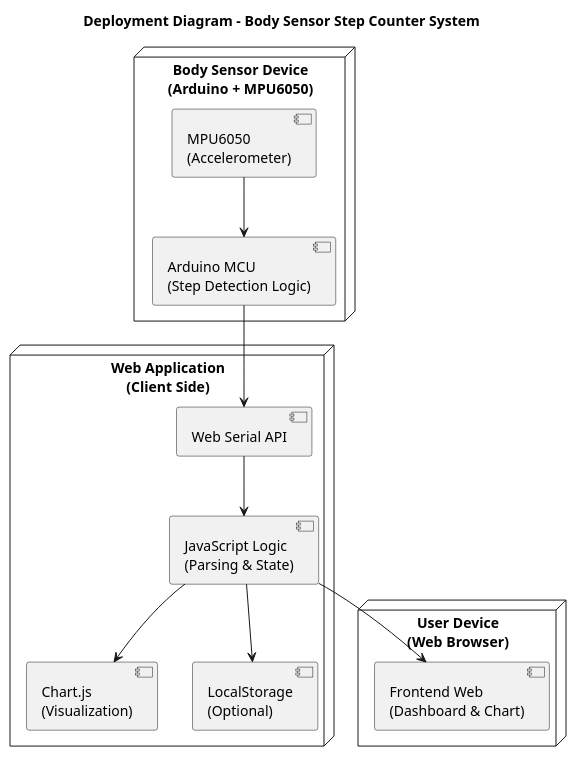
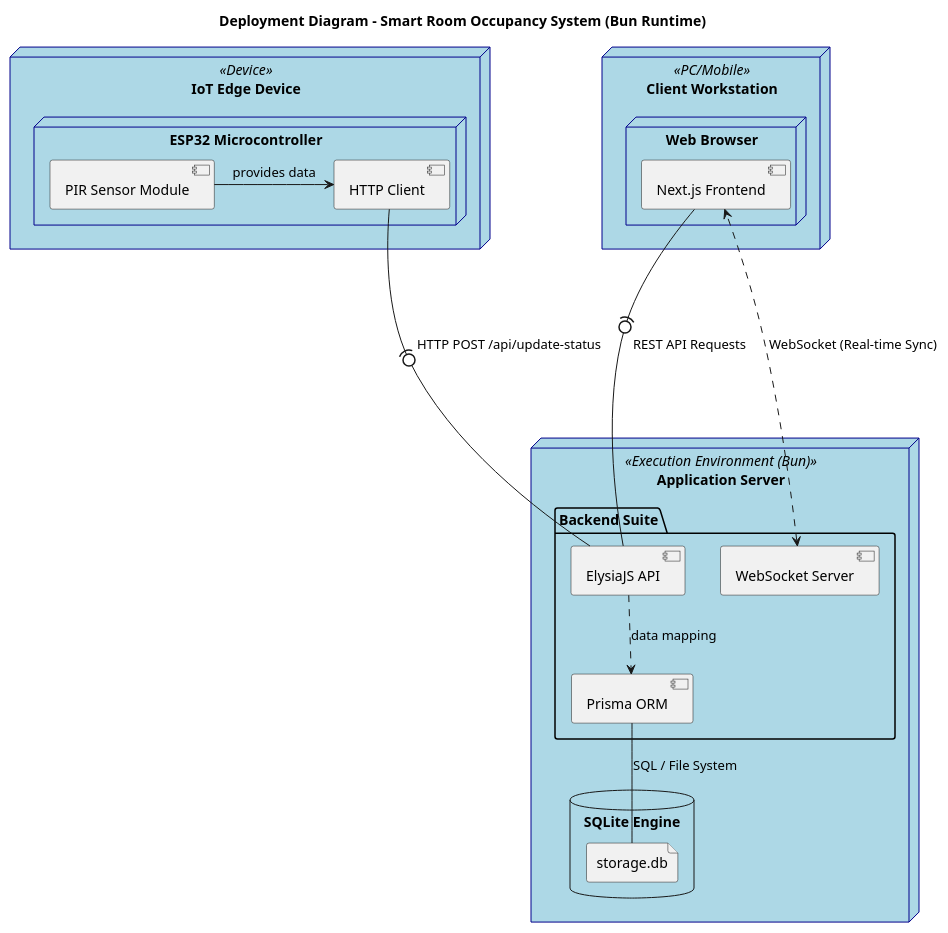
The diagram in diagram/DevelopmentDiagram.puml (E-PPAW-TI503P-2025/PROJECT_KEL1_BODYSENSOR), drawn with PlantUML before and after one commit. The commit also changed 16 other files, not shown here.

```diff
--- a/diagram/DevelopmentDiagram.puml
+++ b/diagram/DevelopmentDiagram.puml
@@ -1,26 +1,42 @@
 @startuml
-title Deployment Diagram - Body Sensor Step Counter System
+title Deployment Diagram - Smart Room Occupancy System (Bun Runtime)
 
-node "User Device\n(Web Browser)" {
-  component "Frontend Web\n(Dashboard & Chart)" as FE
+skinparam componentStyle uml2
+skinparam node {
+    BackgroundColor LightBlue
+    BorderColor DarkBlue
 }
 
-node "Body Sensor Device\n(Arduino + MPU6050)" {
-  component "MPU6050\n(Accelerometer)" as MPU
-  component "Arduino MCU\n(Step Detection Logic)" as MCU
+node "IoT Edge Device" <<Device>> {
+    node "ESP32 Microcontroller" {
+        [PIR Sensor Module] as PIR
+        [HTTP Client] as HttpClient
+    }
 }
 
-node "Web Application\n(Client Side)" {
-  component "Web Serial API" as WS
-  component "JavaScript Logic\n(Parsing & State)" as JS
-  component "Chart.js\n(Visualization)" as CHART
-  component "LocalStorage\n(Optional)" as LS
+node "Application Server" <<Execution Environment (Bun)>> {
+    package "Backend Suite" {
+        [ElysiaJS API] as Elysia
+        [WebSocket Server] as WS
+        [Prisma ORM] as Prisma
+    }
+    database "SQLite Engine" {
+        file "storage.db" as DBFile
+    }
 }
 
-MPU -->MCU 
-MCU --> WS 
-WS --> JS
-JS --> FE
-JS --> CHART
-JS --> LS
+node "Client Workstation" <<PC/Mobile>> {
+    node "Web Browser" {
+        [Next.js Frontend] as Next
+    }
+}
+
+' Relationships
+PIR -right-> HttpClient : provides data
+HttpClient --(0-- Elysia : HTTP POST /api/update-status
+Next --(0-- Elysia : REST API Requests
+WS <..> Next : WebSocket (Real-time Sync)
+Elysia ..> Prisma : data mapping
+Prisma -- DBFile : SQL / File System
+
 @enduml
```
